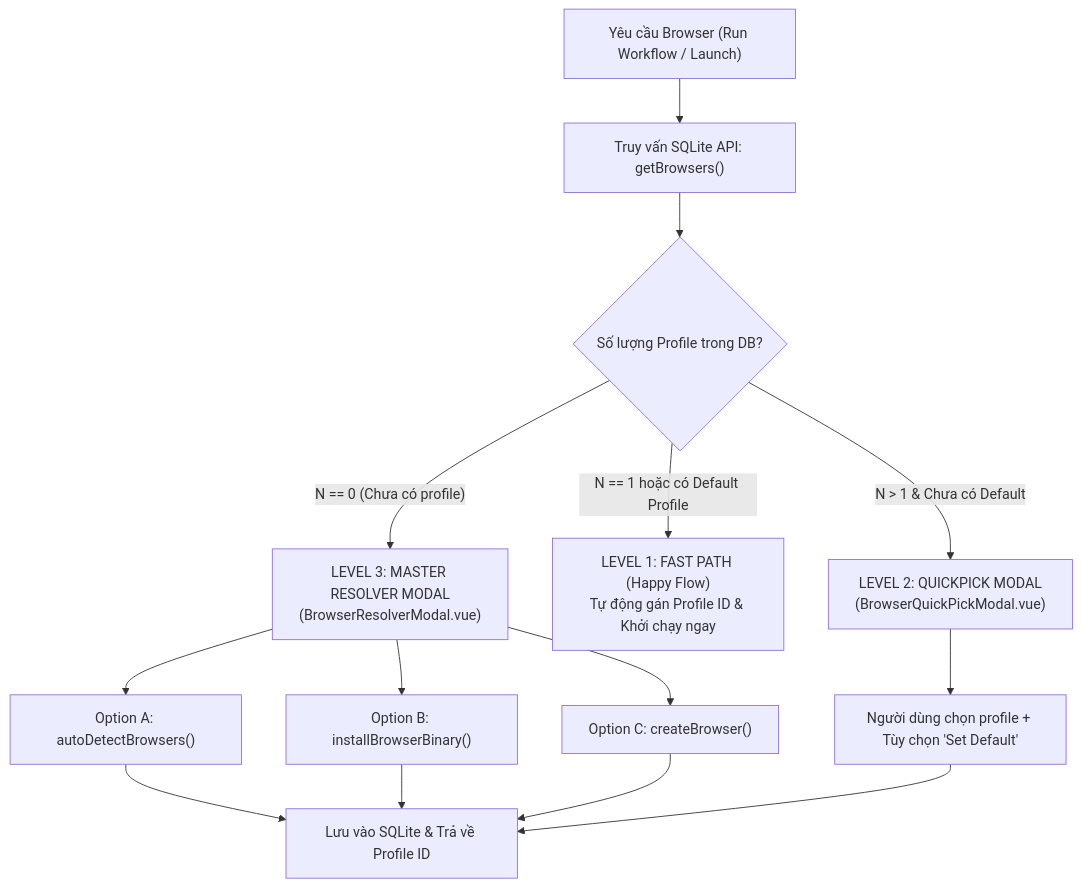
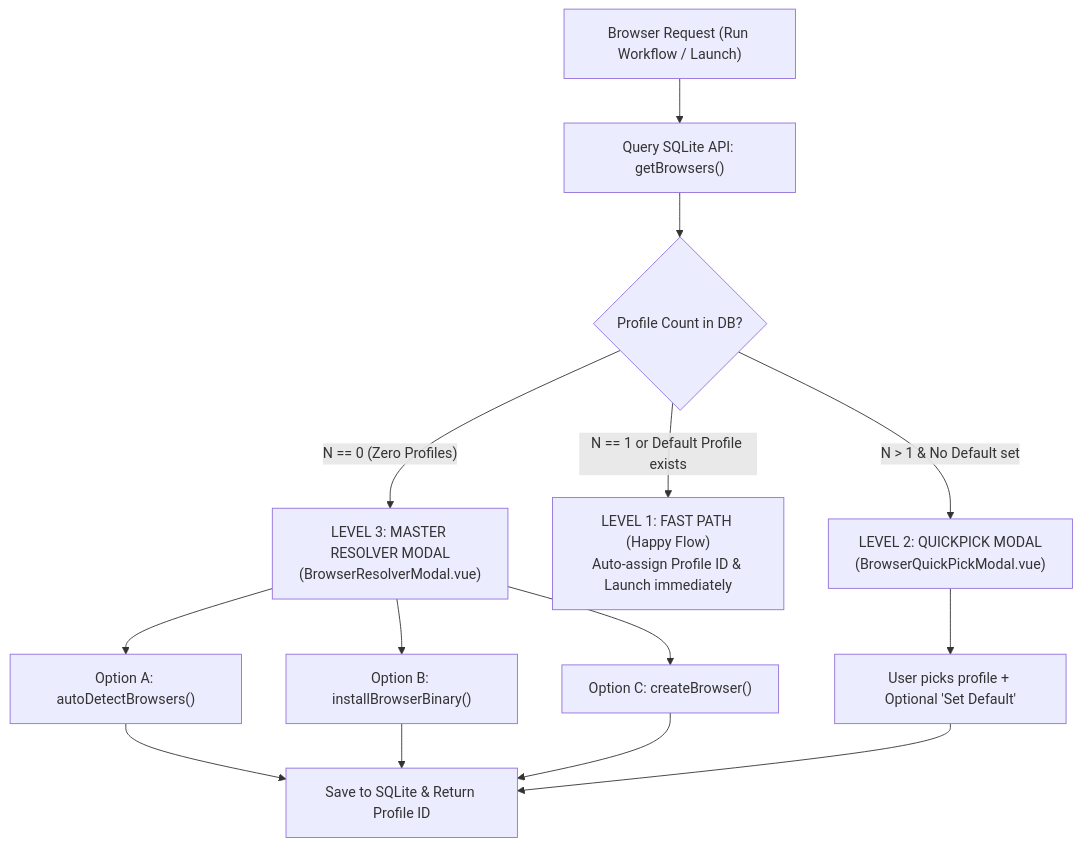
Before and after one commit to tuquet/automa: the diagram in docs/srs/SRS_MENU_BROWSERS.md, drawn with Mermaid. The commit also changed other lines of this file and 26 other files, not shown here.

````diff
--- a/docs/srs/SRS_MENU_BROWSERS.md
+++ b/docs/srs/SRS_MENU_BROWSERS.md
@@ -97,17 +97,17 @@
 ```mermaid
 graph TD
-    Trigger["Yêu cầu Browser (Run Workflow / Launch)"] --> Fetch["Truy vấn SQLite API: getBrowsers()"]
-    Fetch --> CheckCount{"Số lượng Profile trong DB?"}
+    Trigger["Browser Request (Run Workflow / Launch)"] --> Fetch["Query SQLite API: getBrowsers()"]
+    Fetch --> CheckCount{"Profile Count in DB?"}
     
-    CheckCount -- "N == 0 (Chưa có profile)" --> Level3["LEVEL 3: MASTER RESOLVER MODAL<br/>(BrowserResolverModal.vue)"]
+    CheckCount -- "N == 0 (Zero Profiles)" --> Level3["LEVEL 3: MASTER RESOLVER MODAL<br/>(BrowserResolverModal.vue)"]
     Level3 --> OptA["Option A: autoDetectBrowsers()"]
     Level3 --> OptB["Option B: installBrowserBinary()"]
     Level3 --> OptC["Option C: createBrowser()"]
-    OptA & OptB & OptC --> ReturnProfile["Lưu vào SQLite & Trả về Profile ID"]
+    OptA & OptB & OptC --> ReturnProfile["Save to SQLite & Return Profile ID"]
     
-    CheckCount -- "N == 1 hoặc có Default Profile" --> Level1["LEVEL 1: FAST PATH (Happy Flow)<br/>Tự động gán Profile ID & Khởi chạy ngay"]
+    CheckCount -- "N == 1 or Default Profile exists" --> Level1["LEVEL 1: FAST PATH (Happy Flow)<br/>Auto-assign Profile ID & Launch immediately"]
     
-    CheckCount -- "N > 1 & Chưa có Default" --> Level2["LEVEL 2: QUICKPICK MODAL<br/>(BrowserQuickPickModal.vue)"]
-    Level2 --> UserPick["Người dùng chọn profile + Tùy chọn 'Set Default'"]
+    CheckCount -- "N > 1 & No Default set" --> Level2["LEVEL 2: QUICKPICK MODAL<br/>(BrowserQuickPickModal.vue)"]
+    Level2 --> UserPick["User picks profile + Optional 'Set Default'"]
     UserPick --> ReturnProfile
 ```
````
